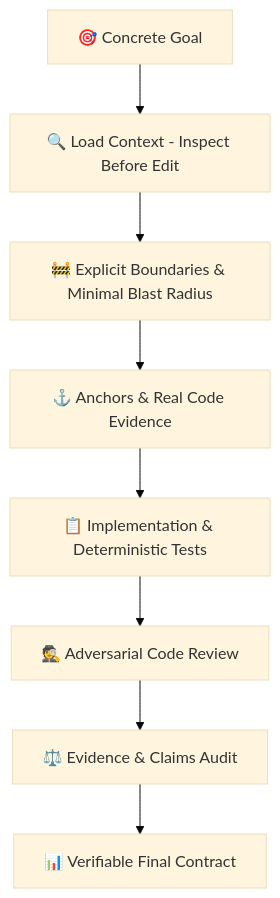
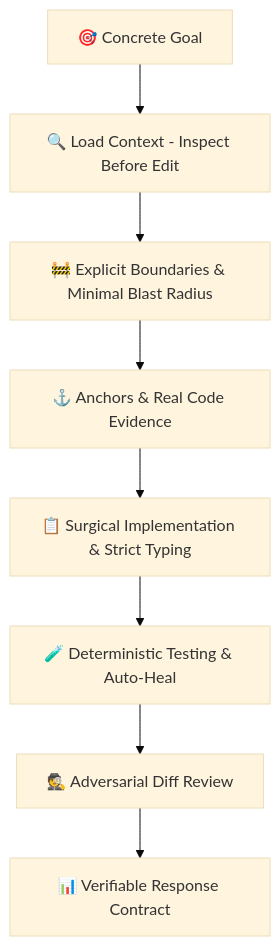
One commit to nandinhos/antigravity-clearer-engineering-harness changed the diagram in README.md. Above: the diagram before and after it, drawn with Mermaid (base theme). The commit also changed other lines of this file and 19 other files, not shown here.

````diff
--- a/README.md
+++ b/README.md
@@ -23,10 +27,10 @@
 ```mermaid
 flowchart TD
     A[🎯 Concrete Goal] --> B[🔍 Load Context - Inspect Before Edit]
     B --> C[🚧 Explicit Boundaries & Minimal Blast Radius]
     C --> D[⚓ Anchors & Real Code Evidence]
-    D --> E[📋 Implementation & Deterministic Tests]
-    E --> F[🕵️ Adversarial Code Review]
-    F --> G[⚖️ Evidence & Claims Audit]
-    G --> H[📊 Verifiable Final Contract]
+    D --> E[📋 Surgical Implementation & Strict Typing]
+    E --> F[🧪 Deterministic Testing & Auto-Heal]
+    F --> G[🕵️ Adversarial Diff Review]
+    G --> H[📊 Verifiable Response Contract]
 ```
````
